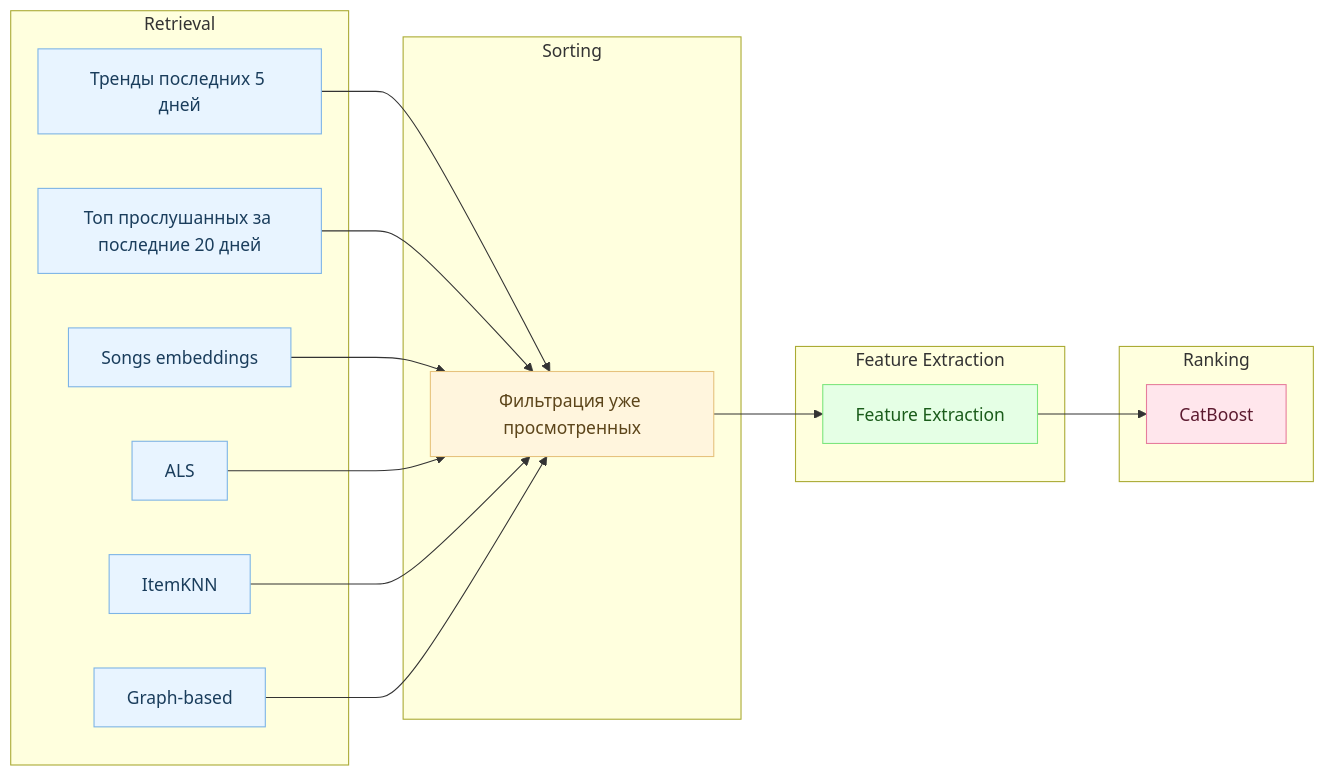
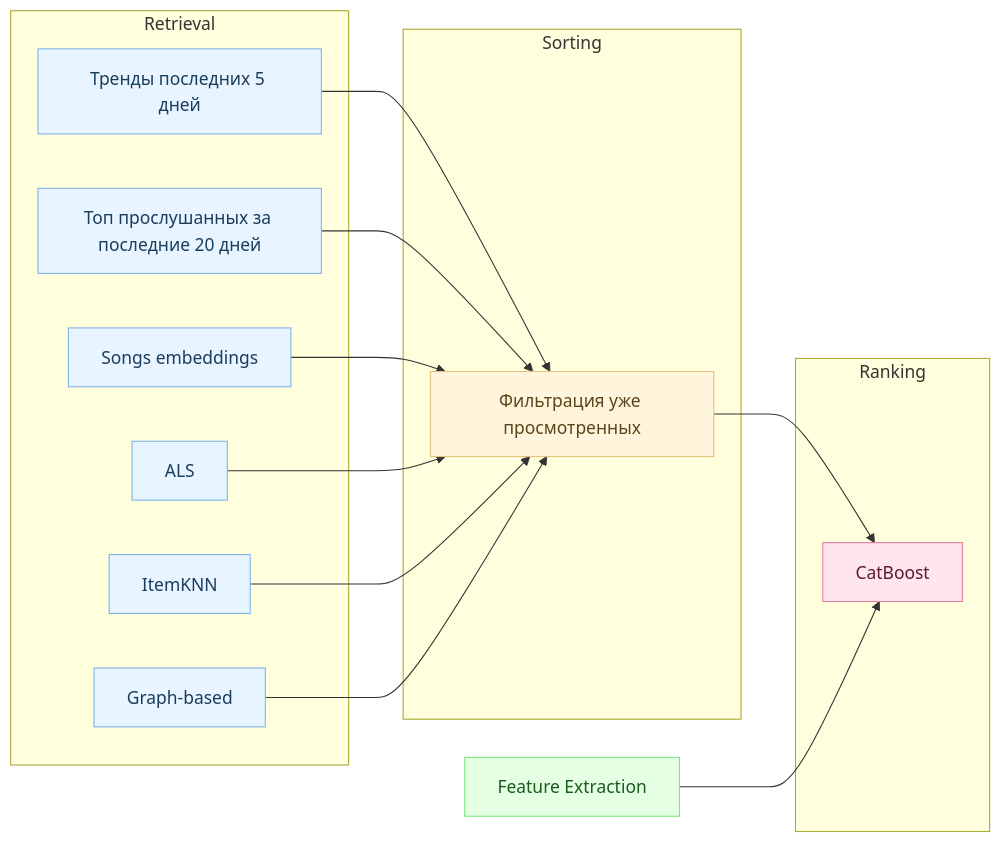
The second of 2 diagrams in README.md (Nastasy822/music-recommendation-experiments), drawn with Mermaid before and after one commit.

Commit message:
docs: add diagram of preprocessing

````diff
--- a/README.md
+++ b/README.md
@@ -237,47 +237,46 @@
 ```mermaid
 flowchart LR
 
     %% === Блоки пайплайна ===
     subgraph RETRIEVAL ["Retrieval"]
         PopAll["Тренды последних 5 дней"]
         PopUser["Топ прослушанных за последние 20 дней"]
         SIM["Songs embeddings"]
         ITEMKNN["ItemKNN"]
         GRAPH["Graph-based"]
         ALS["ALS"]
     end
 
     subgraph SORTING ["Sorting"]
         FILTER["Фильтрация уже просмотренных"]
     end
 
-    subgraph FEATURES ["Feature Extraction"]
-        FEATS["Feature Extraction"]
-    end
-
     subgraph RANKING ["Ranking"]
         RANK["CatBoost"]
     end
+
+    %% === Отдельный нижний блок Feature Extraction ===
+    FEATS["Feature Extraction"]
 
     %% === Потоки данных ===
     PopAll --> FILTER
     PopUser --> FILTER
     SIM --> FILTER
     ALS --> FILTER
     ITEMKNN --> FILTER
     GRAPH --> FILTER
 
-    FILTER --> FEATS
+    FILTER --> RANK
     FEATS --> RANK
 
     %% === Цветовые стили ===
     classDef retrieval fill:#e8f4ff,stroke:#7db4e6,color:#1a3d5c;
     classDef sorting fill:#fff5dd,stroke:#e6c27d,color:#5c451a;
+    classDef ranking fill:#ffe6ec,stroke:#e67d9c,color:#5c1a2f;
     classDef features fill:#e5ffe5,stroke:#7de67d,color:#1a5c1a;
-    classDef ranking fill:#ffe6ec,stroke:#e67d9c,color:#5c1a2f;
 
     class PopAll,PopUser,SIM,ALS,ITEMKNN,GRAPH retrieval;
     class FILTER sorting;
+    class RANK ranking;
     class FEATS features;
-    class RANK ranking;
 ```
````
